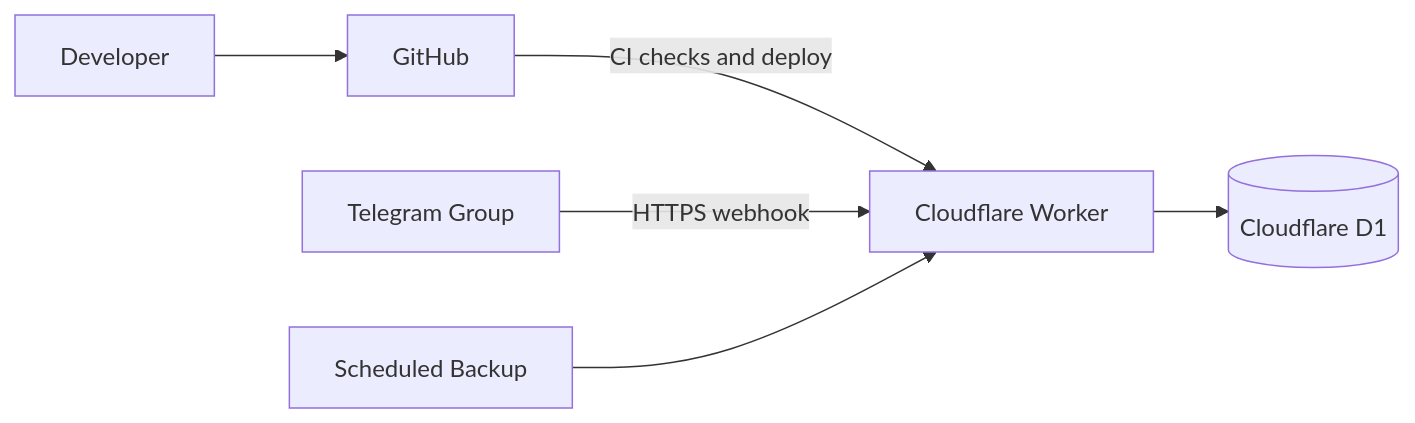
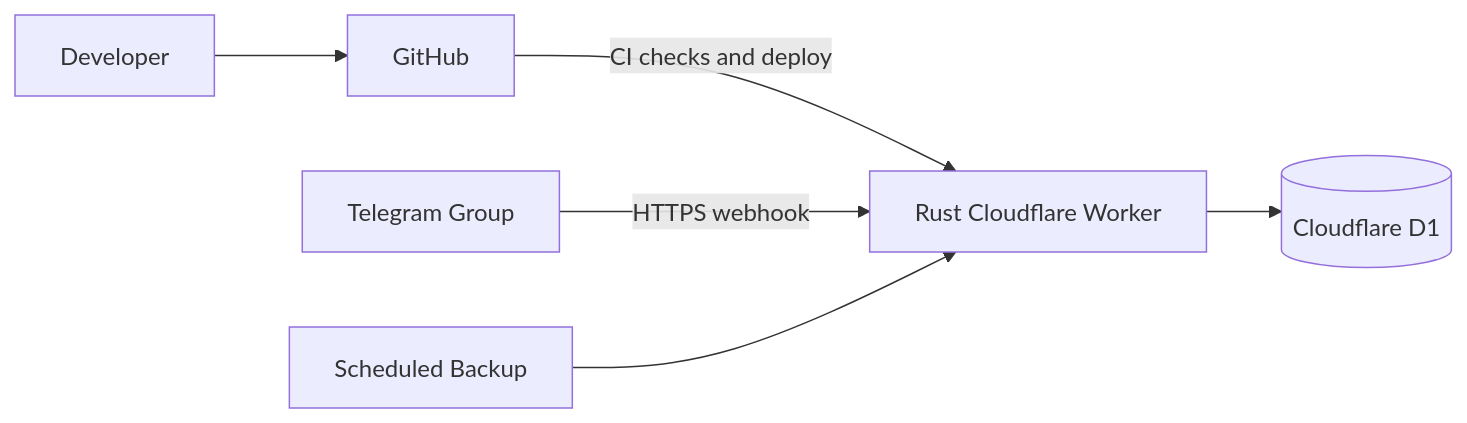
The diagram in README.md (clllllllllllllll/SettleBot), drawn with Mermaid before and after one commit. The commit also changed other lines of this file and 1 other file, not shown here.

Commit message:
docs: adopt Rust architecture

````diff
--- a/README.md
+++ b/README.md
@@ -63,8 +64,8 @@
 ```mermaid
 flowchart LR
     DEV[Developer] --> GH[GitHub]
-    GH -->|CI checks and deploy| CW[Cloudflare Worker]
+    GH -->|CI checks and deploy| CW[Rust Cloudflare Worker]
     TG[Telegram Group] -->|HTTPS webhook| CW
     CW --> D1[(Cloudflare D1)]
     CRON[Scheduled Backup] --> CW
 ```
````
